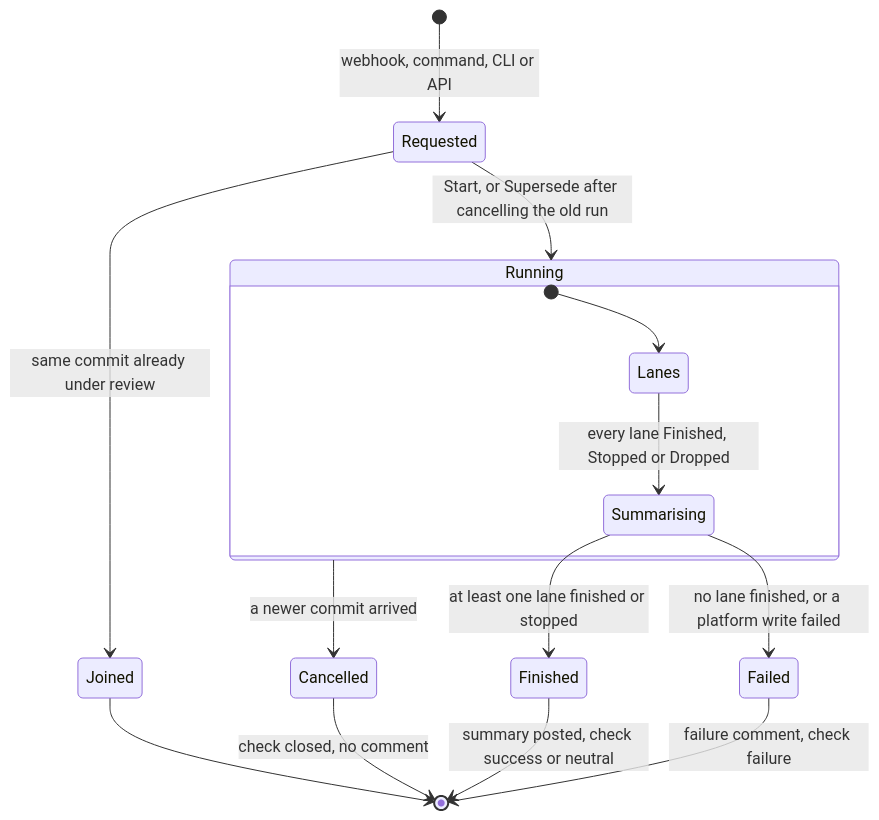
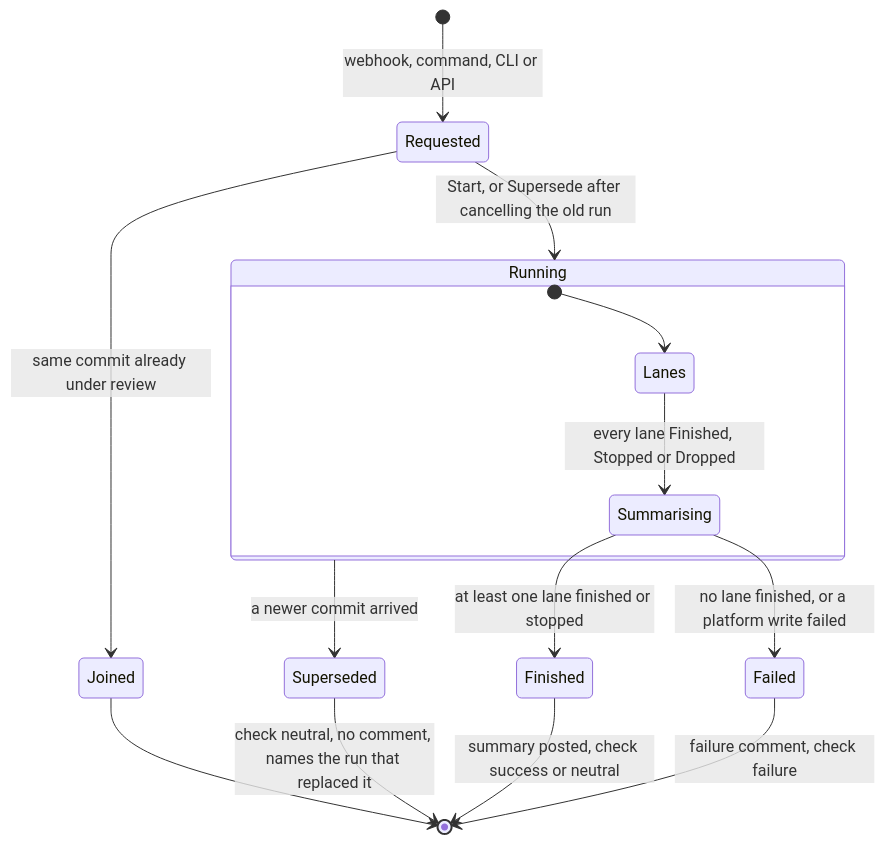
One commit to StephanMeijer/meneerhenk changed the fifth of 11 diagrams in ARCHITECTURE.md. Above: the diagram before and after it, drawn with Mermaid. The commit also changed other lines of this file and 20 other files, not shown here.

````diff
--- a/ARCHITECTURE.md
+++ b/ARCHITECTURE.md
@@ -296,17 +296,17 @@
 ```mermaid
 stateDiagram-v2
     [*] --> Requested: webhook, command, CLI or API
     Requested --> Joined: same commit already under review
     Requested --> Running: Start, or Supersede after cancelling the old run
     Joined --> [*]
     state Running {
         [*] --> Lanes
         Lanes --> Summarising: every lane Finished, Stopped or Dropped
     }
-    Running --> Cancelled: a newer commit arrived
+    Running --> Superseded: a newer commit arrived
     Summarising --> Finished: at least one lane finished or stopped
     Summarising --> Failed: no lane finished, or a platform write failed
-    Cancelled --> [*]: check closed, no comment
+    Superseded --> [*]: check neutral, no comment, names the run that replaced it
     Finished --> [*]: summary posted, check success or neutral
     Failed --> [*]: failure comment, check failure
 ```
````
